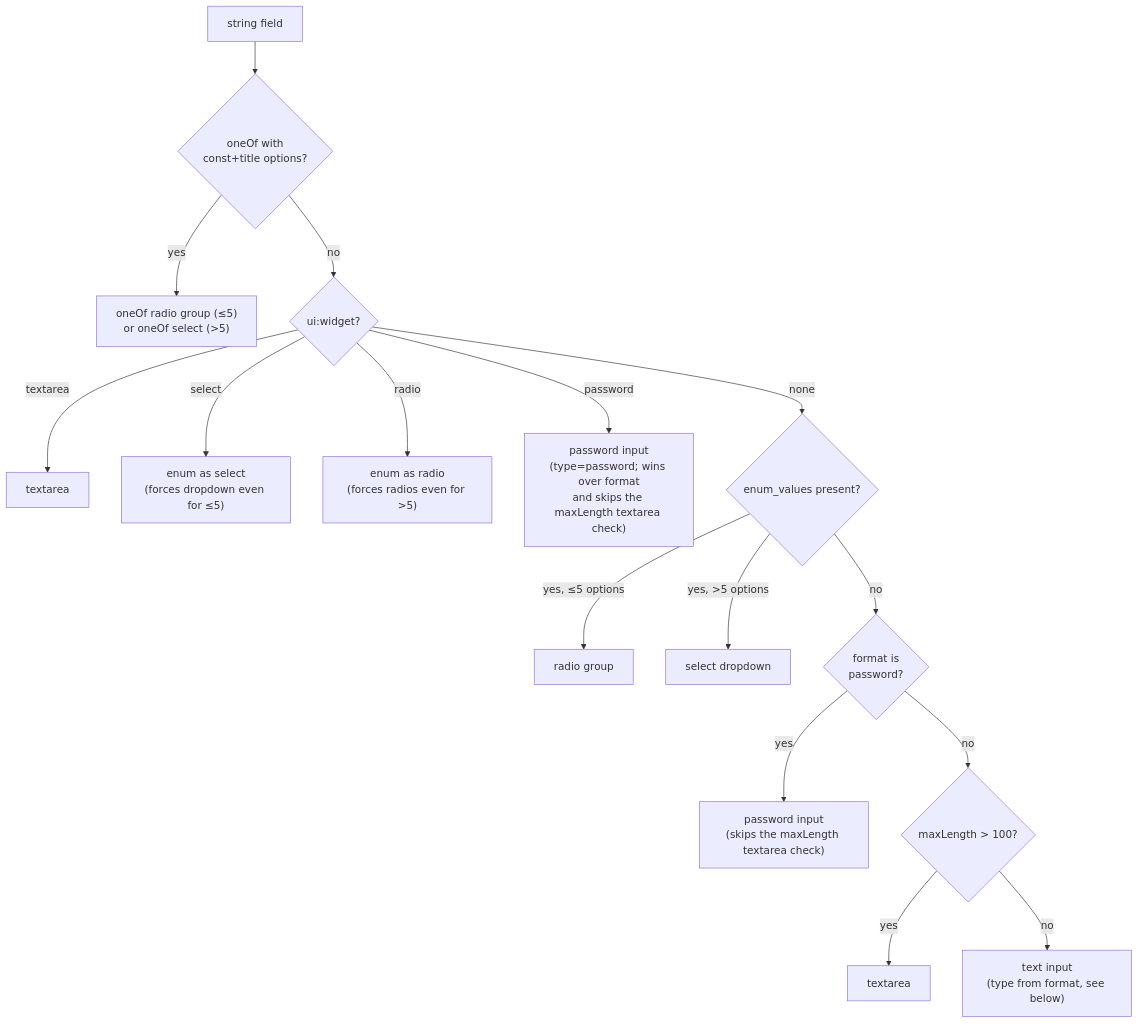
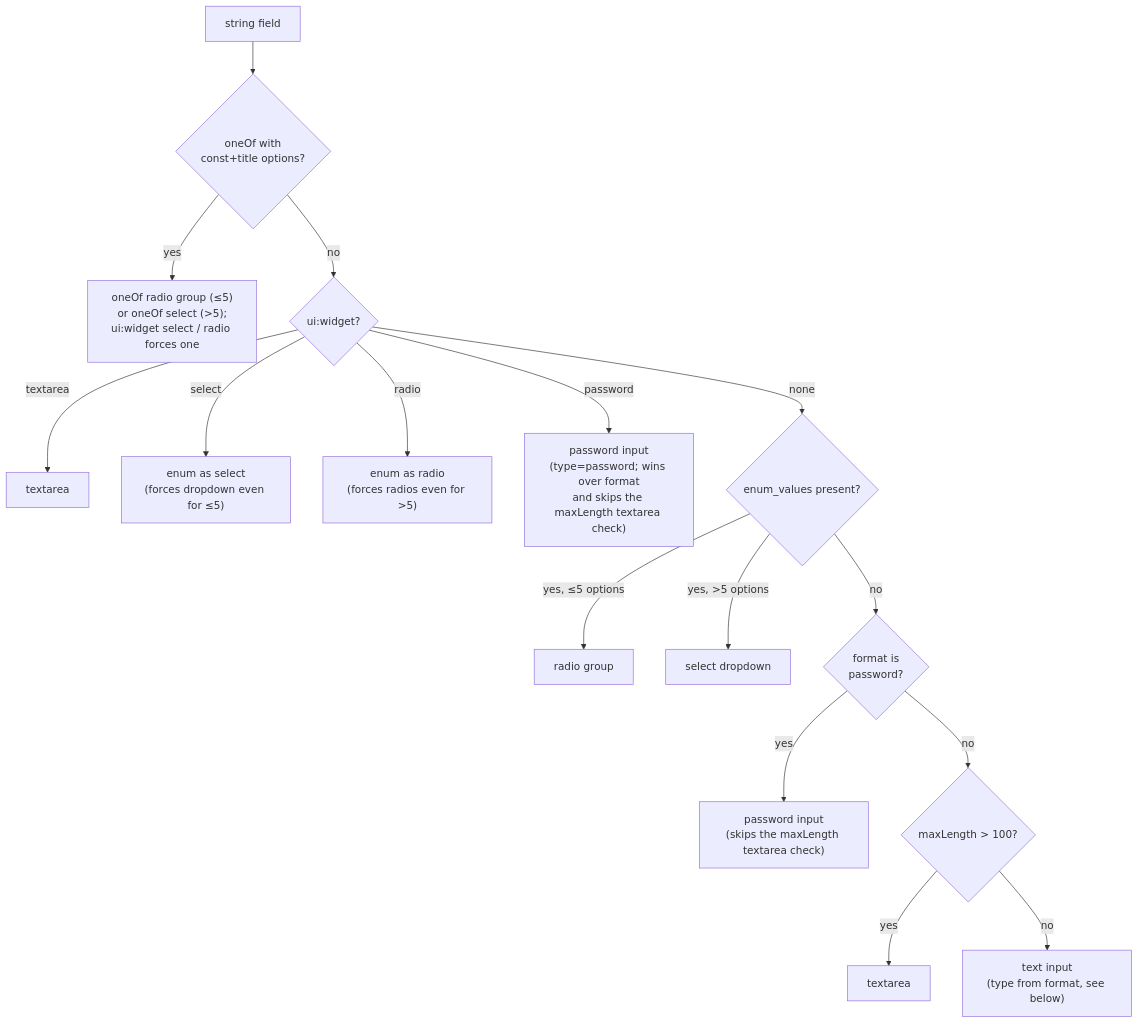
The second of 2 diagrams in docs/reference/widgets.md (radionest/gleam_formosh), drawn with Mermaid before and after one commit. The commit also changed other lines of this file and 10 other files, not shown here.

First line of the commit message:
fix(fields): render numeric enum/const oneOf as an option widget (#127)

````diff
--- a/docs/reference/widgets.md
+++ b/docs/reference/widgets.md
@@ -65,18 +75,18 @@
 ```mermaid
 flowchart TD
     S["string field"] --> OO{"oneOf with<br/>const+title options?"}
-    OO -- "yes" --> OOW["oneOf radio group (≤5)<br/>or oneOf select (>5)"]
+    OO -- "yes" --> OOW["oneOf radio group (≤5)<br/>or oneOf select (>5);<br/>ui:widget select / radio forces one"]
     OO -- "no" --> UW{"ui:widget?"}
     UW -- "textarea" --> TA["textarea"]
     UW -- "select" --> SEL["enum as select<br/>(forces dropdown even for ≤5)"]
     UW -- "radio" --> RAD["enum as radio<br/>(forces radios even for >5)"]
     UW -- "password" --> PW["password input<br/>(type=password; wins over format<br/>and skips the maxLength textarea check)"]
     UW -- "none" --> EV{"enum_values present?"}
     EV -- "yes, ≤5 options" --> R5["radio group"]
     EV -- "yes, >5 options" --> S5["select dropdown"]
     EV -- "no" --> PWF{"format is<br/>password?"}
     PWF -- "yes" --> PW2["password input<br/>(skips the maxLength textarea check)"]
     PWF -- "no" --> ML{"maxLength > 100?"}
     ML -- "yes" --> TA2["textarea"]
     ML -- "no" --> TXT["text input<br/>(type from format, see below)"]
 ```
````
